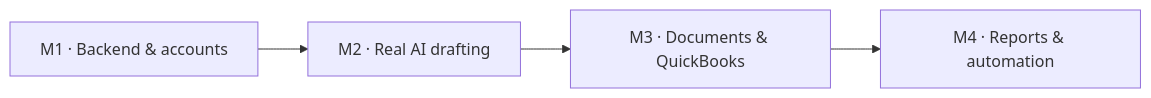
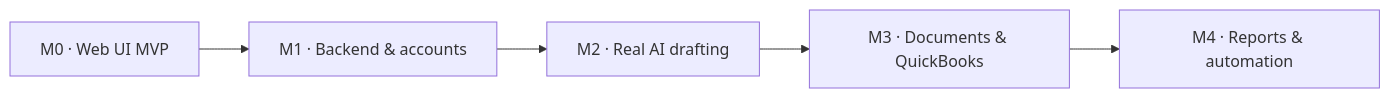
One commit to noddle-Cake/grantit changed the diagram in docs/roadmap.md. Above: the diagram before and after it, drawn with Mermaid. The commit also changed other lines of this file and 3 other files, not shown here.

````diff
--- a/docs/roadmap.md
+++ b/docs/roadmap.md
@@ -7,10 +7,12 @@
 ```mermaid
 flowchart LR
-  M1["M1 · Backend & accounts"]
-  M2["M2 · Real AI drafting"]
-  M3["M3 · Documents & QuickBooks"]
-  M4["M4 · Reports & automation"]
+  M1["M0 · Web UI MVP"]
+  M2["M1 · Backend & accounts"]
+  M3["M2 · Real AI drafting"]
+  M4["M3 · Documents & QuickBooks"]
+  M5["M4 · Reports & automation"]
   M1 --> M2
   M2 --> M3
   M3 --> M4
+  M4 --> M5
 ```
````
